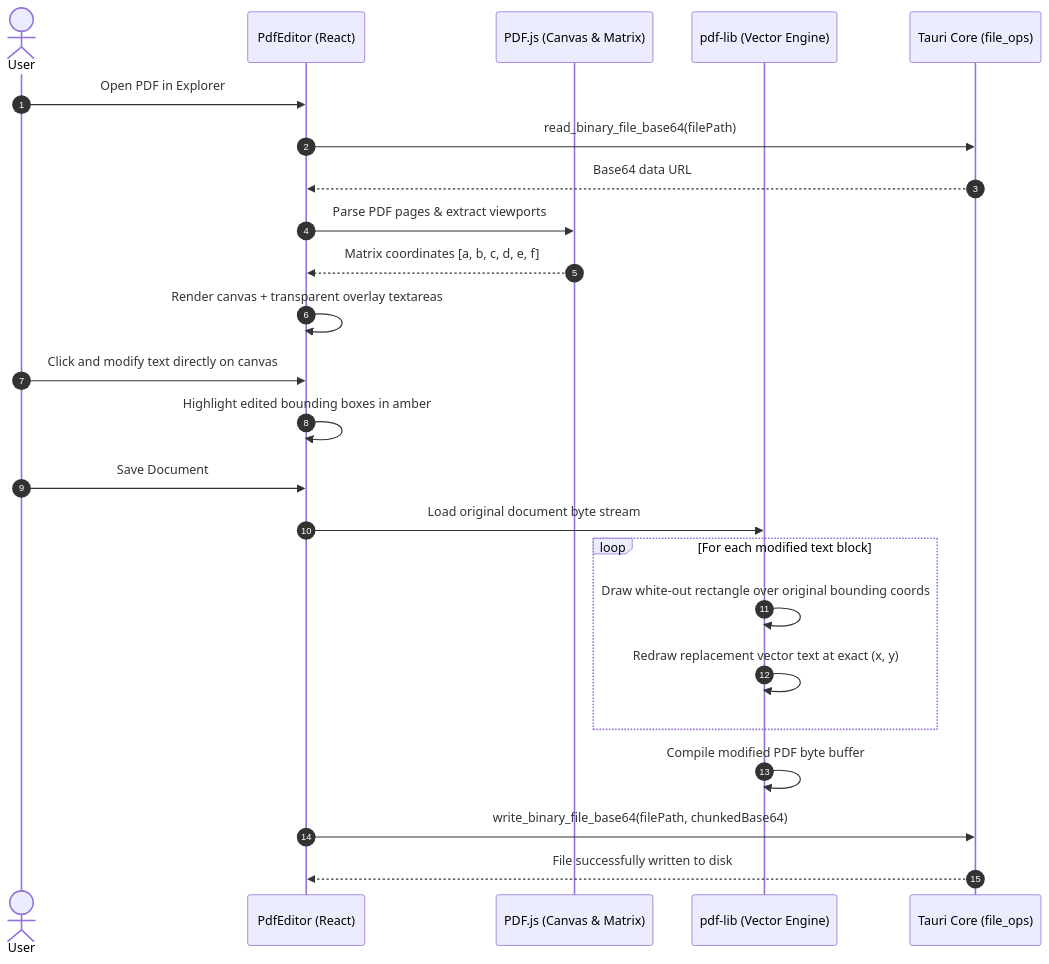
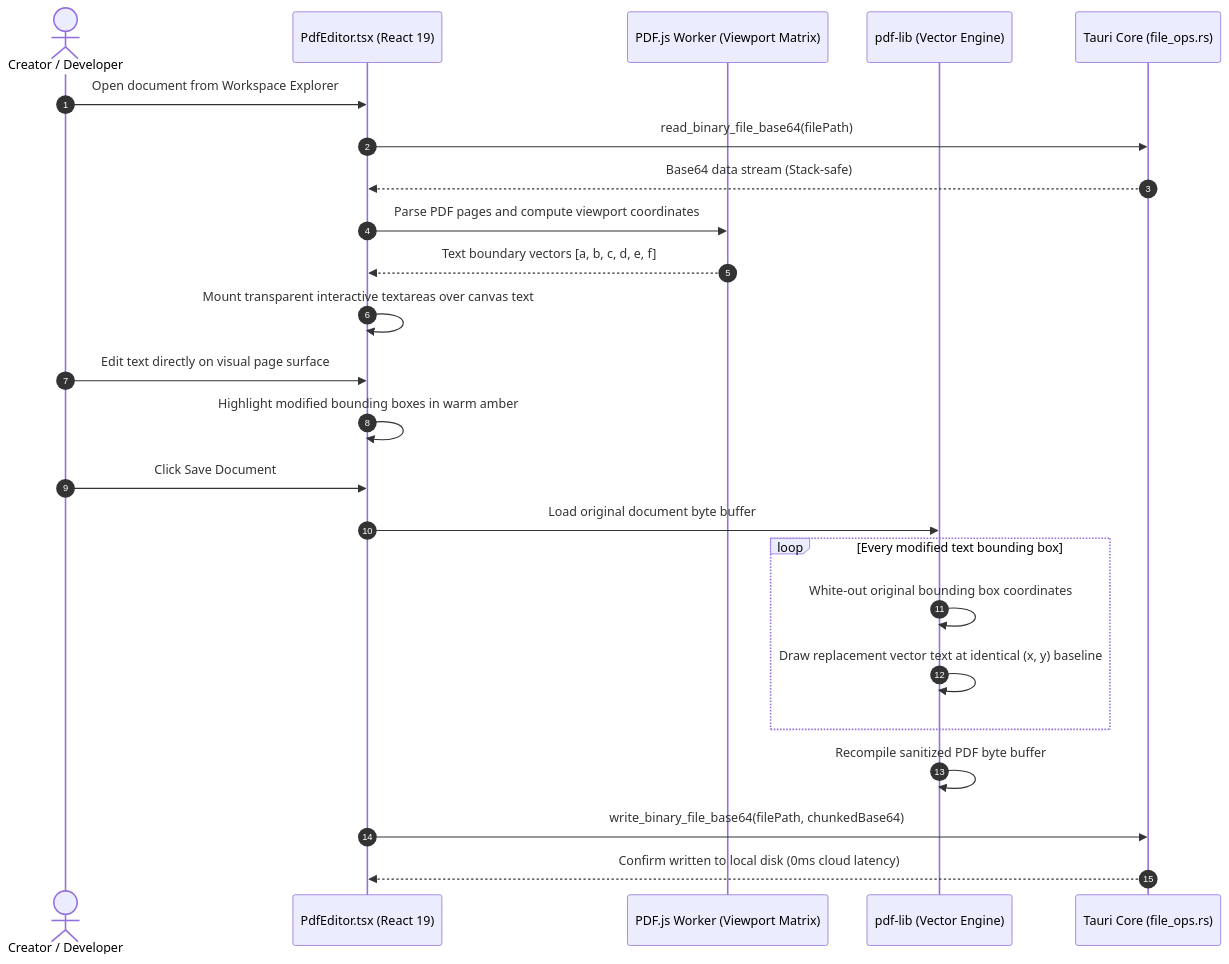
One commit to zishan049/Composer changed the second of 2 diagrams in README.md. Above: the diagram before and after it, drawn with Mermaid. The commit also changed other lines of this file, not shown here.

````diff
--- a/README.md
+++ b/README.md
@@ -136,27 +202,27 @@
 ```mermaid
 sequenceDiagram
     autonumber
-    actor User
-    participant View as PdfEditor (React)
-    participant Worker as PDF.js (Canvas & Matrix)
+    actor User as Creator / Developer
+    participant View as PdfEditor.tsx (React 19)
+    participant Worker as PDF.js Worker (Viewport Matrix)
     participant Lib as pdf-lib (Vector Engine)
-    participant Rust as Tauri Core (file_ops)
+    participant Rust as Tauri Core (file_ops.rs)
 
-    User->>View: Open PDF in Explorer
+    User->>View: Open document from Workspace Explorer
     View->>Rust: read_binary_file_base64(filePath)
-    Rust-->>View: Base64 data URL
-    View->>Worker: Parse PDF pages & extract viewports
-    Worker-->>View: Matrix coordinates [a, b, c, d, e, f]
-    View->>View: Render canvas + transparent overlay textareas
-    User->>View: Click and modify text directly on canvas
-    View->>View: Highlight edited bounding boxes in amber
-    User->>View: Save Document
-    View->>Lib: Load original document byte stream
-    loop For each modified text block
-        Lib->>Lib: Draw white-out rectangle over original bounding coords
-        Lib->>Lib: Redraw replacement vector text at exact (x, y)
+    Rust-->>View: Base64 data stream (Stack-safe)
+    View->>Worker: Parse PDF pages and compute viewport coordinates
+    Worker-->>View: Text boundary vectors [a, b, c, d, e, f]
+    View->>View: Mount transparent interactive textareas over canvas text
+    User->>View: Edit text directly on visual page surface
+    View->>View: Highlight modified bounding boxes in warm amber
+    User->>View: Click Save Document
+    View->>Lib: Load original document byte buffer
+    loop Every modified text bounding box
+        Lib->>Lib: White-out original bounding box coordinates
+        Lib->>Lib: Draw replacement vector text at identical (x, y) baseline
     end
-    Lib->>Lib: Compile modified PDF byte buffer
+    Lib->>Lib: Recompile sanitized PDF byte buffer
     View->>Rust: write_binary_file_base64(filePath, chunkedBase64)
-    Rust-->>View: File successfully written to disk
+    Rust-->>View: Confirm written to local disk (0ms cloud latency)
 ```
````
